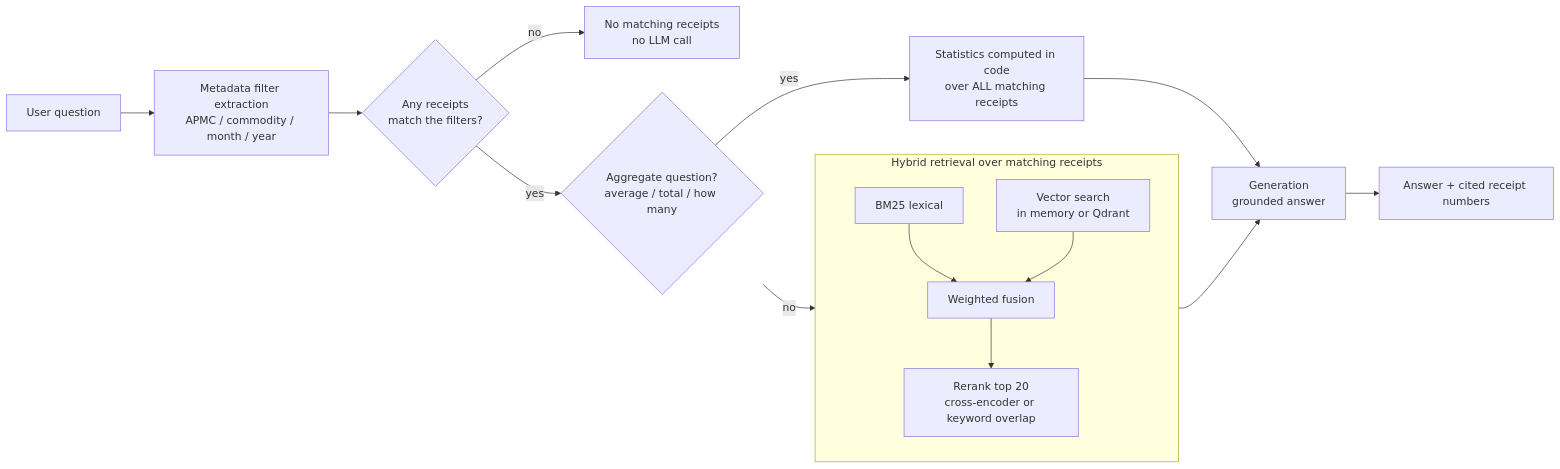
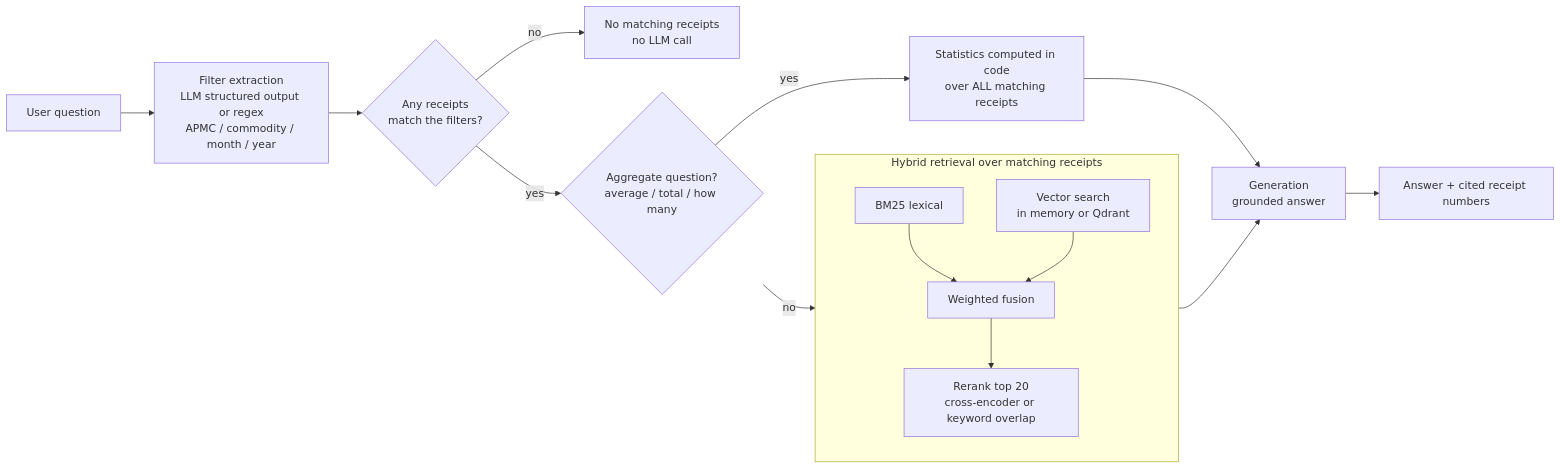
Before and after one commit to Ruturaj2472/APMC-RAG-Assistant: the diagram in README.md, drawn with Mermaid. The commit also changed other lines of this file, not shown here.

Commit message:
Document LLM filter extraction in README

````diff
--- a/README.md
+++ b/README.md
@@ -87,18 +100,18 @@
 ```mermaid
 flowchart LR
-    Q[User question] --> F[Metadata filter extraction<br/>APMC / commodity / month / year]
+    Q[User question] --> F[Filter extraction<br/>LLM structured output or regex<br/>APMC / commodity / month / year]
     F --> C{Any receipts<br/>match the filters?}
     C -- no --> N[No matching receipts<br/>no LLM call]
     C -- yes --> T{Aggregate question?<br/>average / total / how many}
     T -- yes --> S[Statistics computed in code<br/>over ALL matching receipts]
     T -- no --> HR
     subgraph HR[Hybrid retrieval over matching receipts]
         direction TB
         B[BM25 lexical] --> M[Weighted fusion]
         E[Vector search<br/>in memory or Qdrant] --> M
         M --> K[Rerank top 20<br/>cross-encoder or keyword overlap]
     end
     S --> G[Generation<br/>grounded answer]
     HR --> G
     G --> A[Answer + cited receipt numbers]
 ```
````
